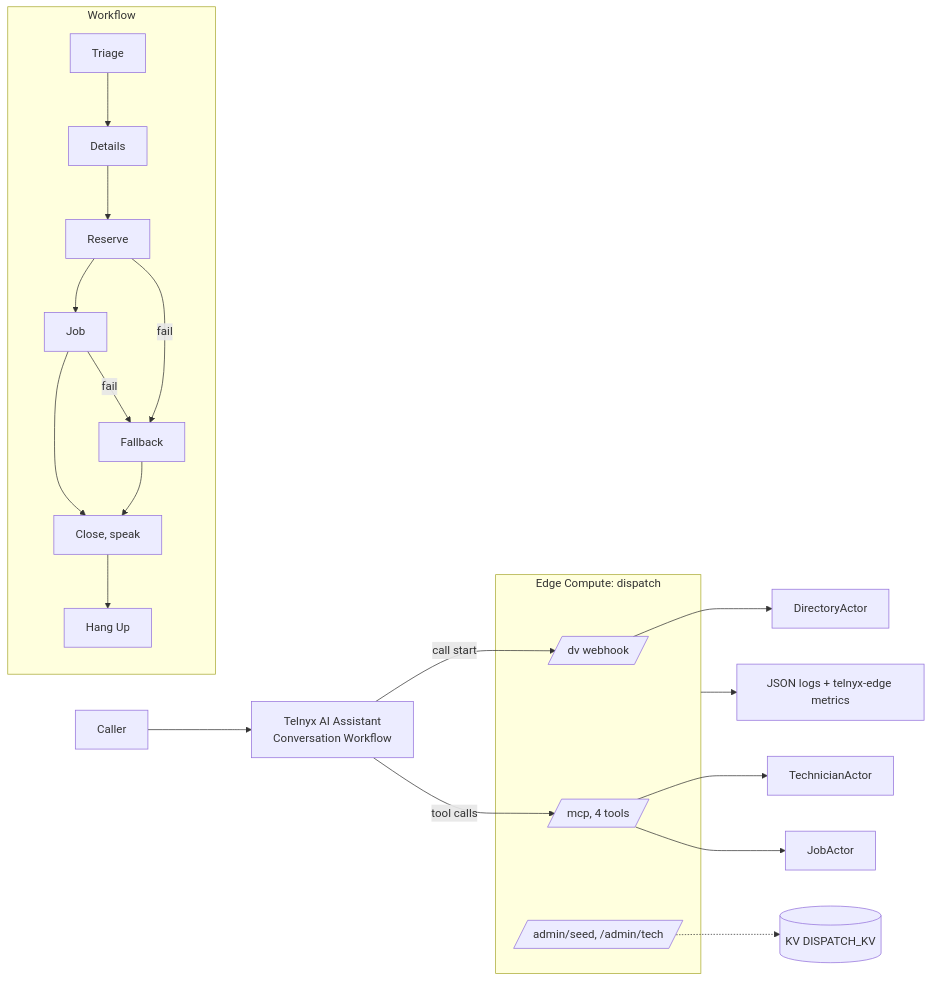
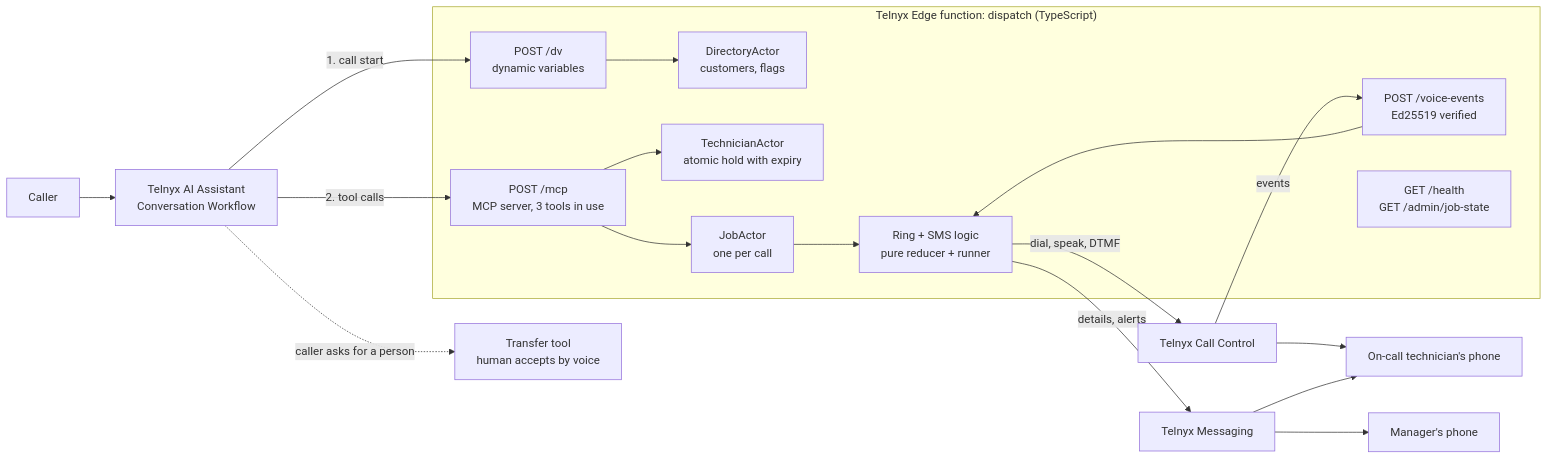
The first of 3 diagrams in docs/architecture.md (speedbar/telnyx-after-hours-dispatch), drawn with Mermaid before and after one commit. The commit also changed other lines of this file and 4 other files, not shown here.

Commit message:
docs: as-built architecture, demo script, docs index; drop stale diagrams

````diff
--- a/docs/architecture.md
+++ b/docs/architecture.md
@@ -21,22 +11,29 @@
 ```mermaid
 flowchart LR
-  C[Caller] --> A[Telnyx AI Assistant<br/>Conversation Workflow]
-  A -->|call start| DV[/dv webhook/]
-  A -->|tool calls| MCP[/mcp, 4 tools/]
-  subgraph Edge[Edge Compute: dispatch]
+  C["Caller"] --> A["Telnyx AI Assistant<br/>Conversation Workflow"]
+  A -->|"1. call start"| DV["POST /dv<br/>dynamic variables"]
+  A -->|"2. tool calls"| MCP["POST /mcp<br/>MCP server, 3 tools in use"]
+  A -.->|"caller asks for a person"| TR["Transfer tool<br/>human accepts by voice"]
+
+  subgraph EDGE["Telnyx Edge function: dispatch (TypeScript)"]
     DV
     MCP
-    ADM[/admin/seed, /admin/tech/]
+    EV["POST /voice-events<br/>Ed25519 verified"]
+    DA["DirectoryActor<br/>customers, flags"]
+    TA["TechnicianActor<br/>atomic hold with expiry"]
+    JA["JobActor<br/>one per call"]
+    RING["Ring + SMS logic<br/>pure reducer + runner"]
+    OBS["GET /health<br/>GET /admin/job-state"]
   end
-  DV --> DA[DirectoryActor]
-  MCP --> TA[TechnicianActor]
-  MCP --> JA[JobActor]
-  ADM -.-> KV[(KV DISPATCH_KV)]
-  Edge --> L[JSON logs + telnyx-edge metrics]
-  subgraph WF[Workflow]
-    T[Triage] --> D[Details] --> R[Reserve] --> J[Job] --> CL[Close, speak] --> H[Hang Up]
-    R -->|fail| F[Fallback]
-    J -->|fail| F
-    F --> CL
-  end
+
+  DV --> DA
+  MCP --> TA
+  MCP --> JA
+  JA --> RING
+  RING -->|"dial, speak, DTMF"| VAPI["Telnyx Call Control"]
+  RING -->|"details, alerts"| SMS["Telnyx Messaging"]
+  VAPI -->|"events"| EV --> RING
+  VAPI --> TECH["On-call technician's phone"]
+  SMS --> TECH
+  SMS --> MGR["Manager's phone"]
 ```
````
